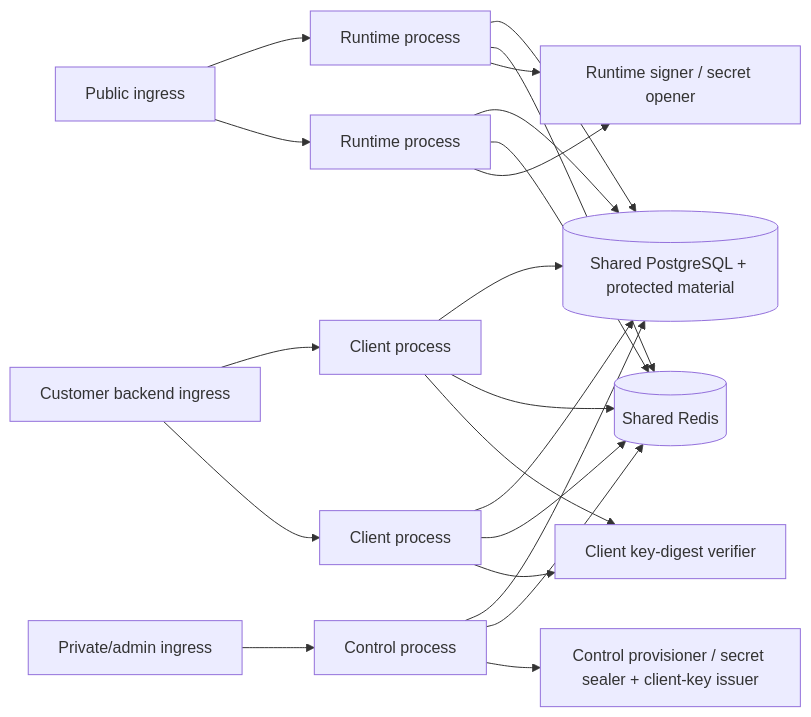
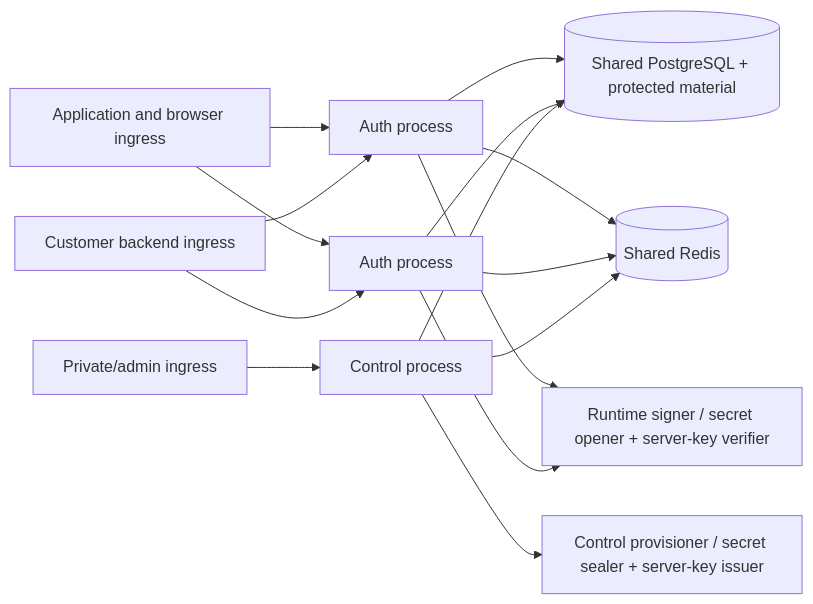
The third of 3 diagrams in spec/08-consistency-resilience-and-plane-separation.md (owlfoundry/owlauth), drawn with Mermaid before and after one commit. The commit also changed other lines of this file and 182 other files, not shown here.

First line of the commit message:
feat(server+cli)!: replace client API with project server API

````diff
--- a/spec/08-consistency-resilience-and-plane-separation.md
+++ b/spec/08-consistency-resilience-and-plane-separation.md
@@ -138,23 +139,17 @@
 ```mermaid
 flowchart LR
-    Public[Public ingress] --> RP1[Runtime process]
-    Public --> RP2[Runtime process]
-    Backend[Customer backend ingress] --> BP1[Client process]
-    Backend --> BP2[Client process]
+    Public[Application and browser ingress] --> AP1[Auth process]
+    Public --> AP2[Auth process]
+    Backend[Customer backend ingress] --> AP1
+    Backend --> AP2
     Private[Private/admin ingress] --> CP[Control process]
-    RP1 --> PG[(Shared PostgreSQL + protected material)]
-    RP2 --> PG
-    BP1 --> PG
-    BP2 --> PG
+    AP1 --> PG[(Shared PostgreSQL + protected material)]
+    AP2 --> PG
     CP --> PG
-    RP1 --> Redis[(Shared Redis)]
-    RP2 --> Redis
-    BP1 --> Redis
-    BP2 --> Redis
+    AP1 --> Redis[(Shared Redis)]
+    AP2 --> Redis
     CP --> Redis
-    RP1 --> KP[Runtime signer / secret opener]
-    RP2 --> KP
-    BP1 --> KPV[Client key-digest verifier]
-    BP2 --> KPV
-    CP --> KPC[Control provisioner / secret sealer + client-key issuer]
+    AP1 --> KP[Runtime signer / secret opener + server-key verifier]
+    AP2 --> KP
+    CP --> KPC[Control provisioner / secret sealer + server-key issuer]
 ```
````
